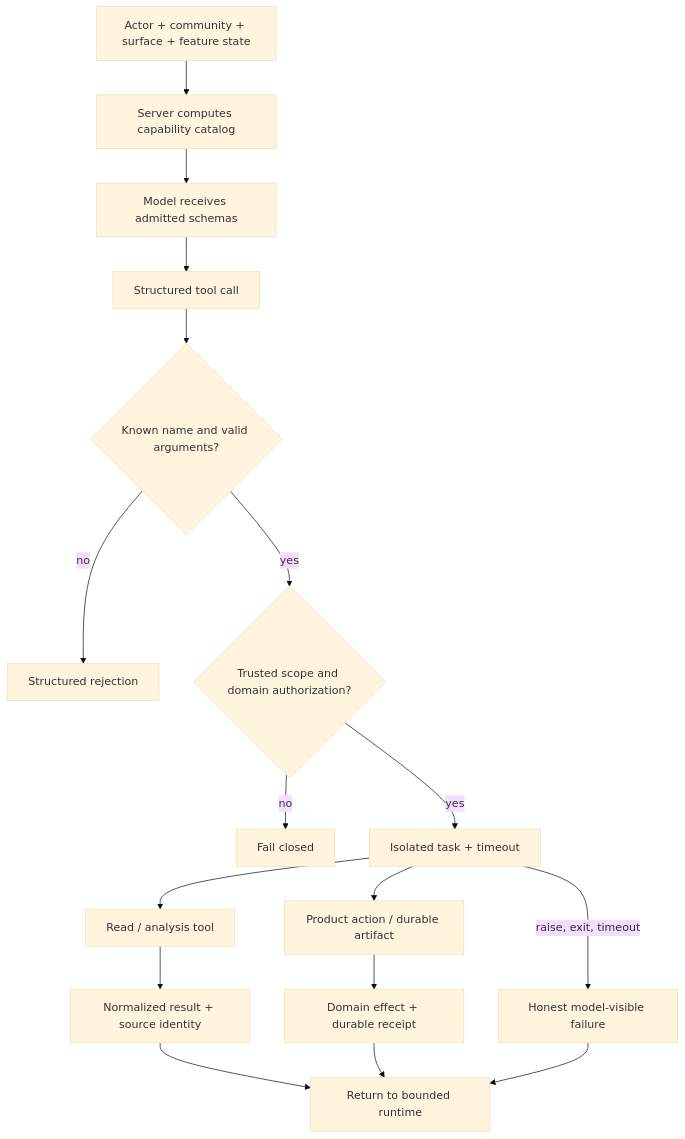
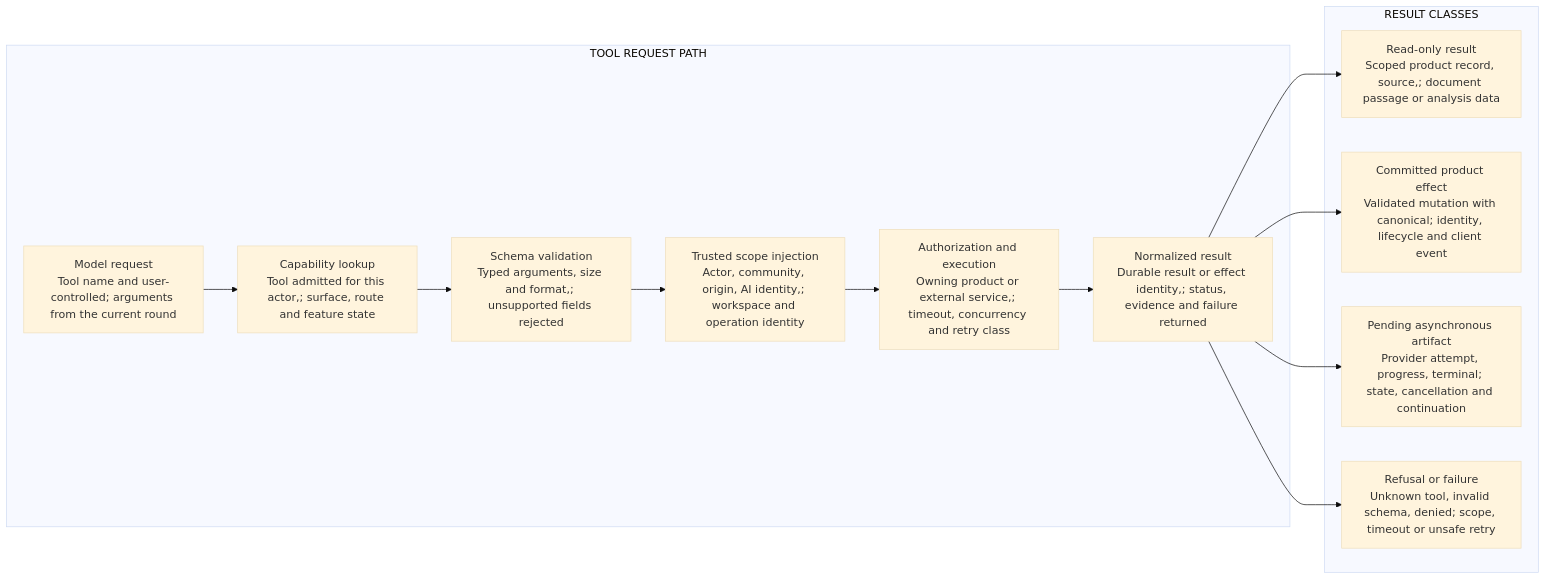
One commit to wahargis/portfolio changed the diagram in flip-technical-overview/diagrams/governed-tool-execution.mmd. Above: the diagram before and after it, drawn with Mermaid (base theme). The commit also changed 59 other files, not shown here.

```diff
--- a/flip-technical-overview/diagrams/governed-tool-execution.mmd
+++ b/flip-technical-overview/diagrams/governed-tool-execution.mmd
@@ -1,17 +1,24 @@
-flowchart TD
-    CONTEXT["Actor + community + surface + feature state"] --> CATALOG["Server computes capability catalog"]
-    CATALOG --> MODEL["Model receives admitted schemas"]
-    MODEL --> CALL["Structured tool call"]
-    CALL --> PARSE{"Known name and valid arguments?"}
-    PARSE -->|no| REJECT["Structured rejection"]
-    PARSE -->|yes| SCOPE{"Trusted scope and domain authorization?"}
-    SCOPE -->|no| CLOSED["Fail closed"]
-    SCOPE -->|yes| ISO["Isolated task + timeout"]
-    ISO --> READ["Read / analysis tool"]
-    ISO --> EFFECT["Product action / durable artifact"]
-    READ --> RESULT["Normalized result + source identity"]
-    EFFECT --> RECEIPT["Domain effect + durable receipt"]
-    ISO -->|raise, exit, timeout| HONEST["Honest model-visible failure"]
-    RESULT --> LOOP["Return to bounded runtime"]
-    RECEIPT --> LOOP
-    HONEST --> LOOP
+flowchart LR
+  subgraph TOP["TOOL REQUEST PATH"]
+    T0["Model request\nTool name and user-controlled; arguments from the current round"]
+    T1["Capability lookup\nTool admitted for this actor,; surface, route and feature state"]
+    T0 --> T1
+    T2["Schema validation\nTyped arguments, size and format,; unsupported fields rejected"]
+    T1 --> T2
+    T3["Trusted scope injection\nActor, community, origin, AI identity,; workspace and operation identity"]
+    T2 --> T3
+    T4["Authorization and execution\nOwning product or external service,; timeout, concurrency and retry class"]
+    T3 --> T4
+    T5["Normalized result\nDurable result or effect identity,; status, evidence and failure returned"]
+    T4 --> T5
+  end
+  subgraph BOTTOM["RESULT CLASSES"]
+    B0["Read-only result\nScoped product record, source,; document passage or analysis data"]
+    B1["Committed product effect\nValidated mutation with canonical; identity, lifecycle and client event"]
+    B2["Pending asynchronous artifact\nProvider attempt, progress, terminal; state, cancellation and continuation"]
+    B3["Refusal or failure\nUnknown tool, invalid schema, denied; scope, timeout or unsafe retry"]
+  end
+  T5 --> B0
+  T5 --> B1
+  T5 --> B2
+  T5 --> B3
```
